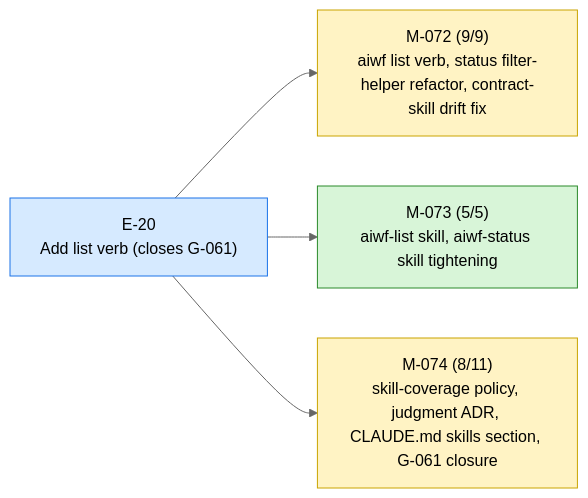
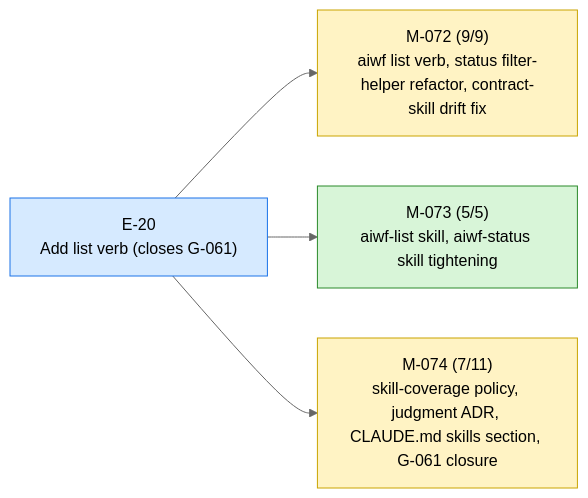
One commit to 23min/aiwf changed the first of 2 diagrams in STATUS.md. Above: the diagram before and after it, drawn with Mermaid (neutral theme). The commit also changed other lines of this file and 1 other file, not shown here.

````diff
--- a/STATUS.md
+++ b/STATUS.md
@@ -13,16 +13,16 @@
 ```mermaid
 flowchart LR
   E_20["E-20<br/>Add list verb (closes G-061)"]:::epic_active
   M_072["M-072 (9/9)<br/>aiwf list verb, status filter-helper refactor, contract-skill drift fix"]:::ms_in_progress
   E_20 --> M_072
   M_073["M-073 (5/5)<br/>aiwf-list skill, aiwf-status skill tightening"]:::ms_done
   E_20 --> M_073
-  M_074["M-074 (8/11)<br/>skill-coverage policy, judgment ADR, CLAUDE.md skills section, G-061 closure"]:::ms_in_progress
+  M_074["M-074 (7/11)<br/>skill-coverage policy, judgment ADR, CLAUDE.md skills section, G-061 closure"]:::ms_in_progress
   E_20 --> M_074
   classDef epic_active fill:#d6eaff,stroke:#1a73e8,color:#000
   classDef epic_proposed fill:#f4f4f4,stroke:#888,color:#000
   classDef ms_done fill:#d8f5d8,stroke:#2a8a2a,color:#000
   classDef ms_in_progress fill:#fff3c4,stroke:#caa400,color:#000
   classDef ms_draft fill:#f4f4f4,stroke:#888,color:#000
   classDef ms_cancelled fill:#fbeaea,stroke:#c33,color:#000
 ```
````
